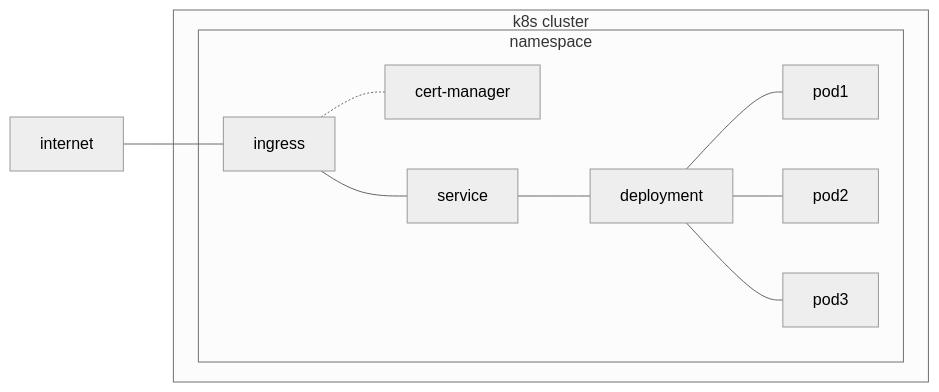
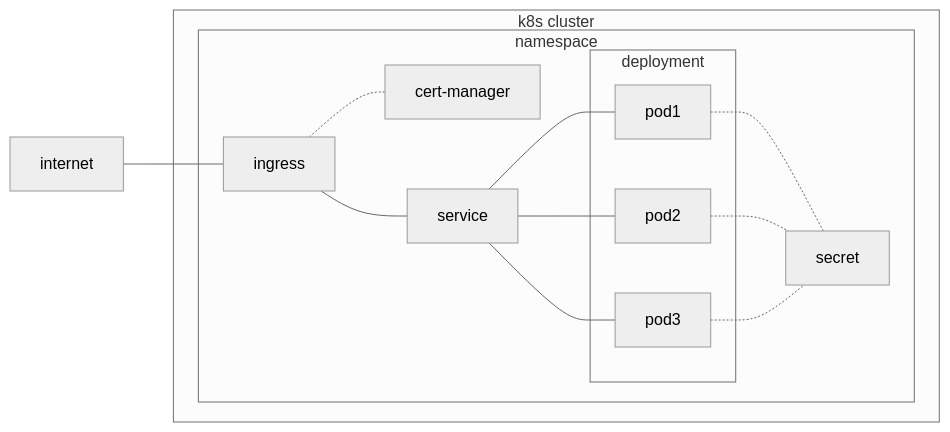
The diagram in kubernetes.md (mritzmann/cheatsheets), drawn with Mermaid (neutral theme) before and after one commit.

````diff
--- a/kubernetes.md
+++ b/kubernetes.md
@@ -5,34 +5,42 @@
 ```mermaid
 graph LR
 
   %% resources
   internet
   
   %% relations
   internet --- ingress
 
   subgraph cluster["k8s cluster"]
 
     subgraph namespace
 
       %% resources
       ingress
       cert-manager
       service
-      deployment
-      pod1
-      pod2
-      pod3
+      secret
 
       %% relations
       ingress --- service
       ingress -.- cert-manager
-      service --- deployment
-      deployment --- pod1
-      deployment --- pod2
-      deployment --- pod3
+      service --- pod1
+      service --- pod2
+      service --- pod3
+      pod1 -.- secret
+      pod2 -.- secret
+      pod3 -.- secret
+      
+      subgraph deployment
+      
+        %% resources
+        pod1
+        pod2
+        pod3
+      
+      end
     
     end
 
   end
 ```
````
